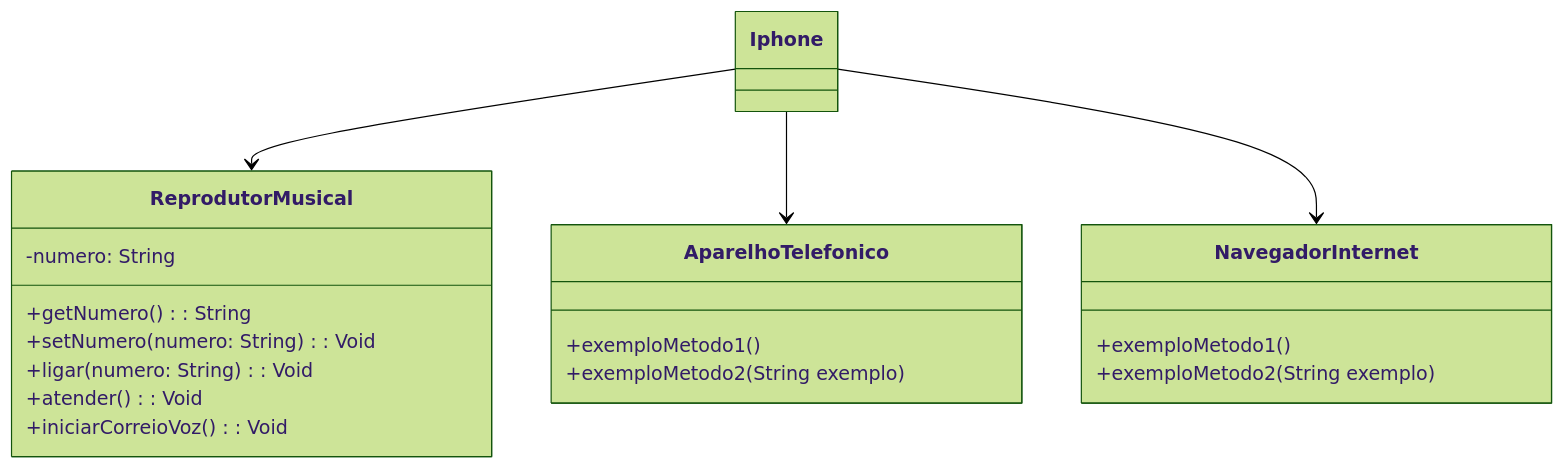
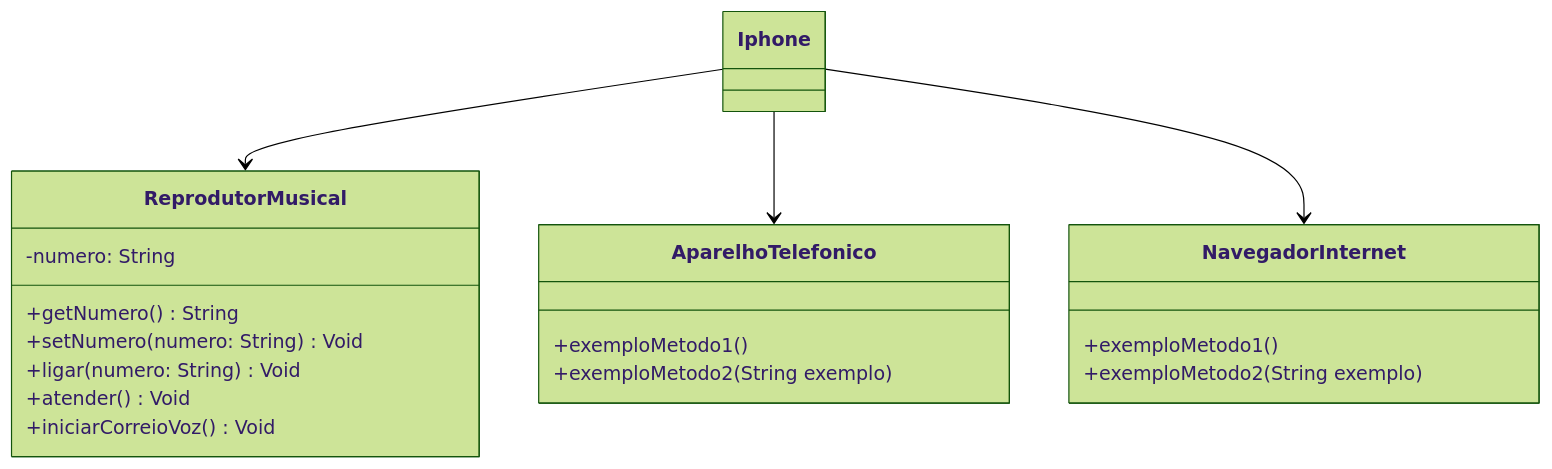
One commit to ArmandoMartins1/Java-dio-DesafioUML changed the diagram in README.md. Above: the diagram before and after it, drawn with Mermaid (forest theme).

````diff
--- a/README.md
+++ b/README.md
@@ -9,28 +9,28 @@
 ```mermaid
 classDiagram
     class ReprodutorMusical {
         -numero: String
-        +getNumero(): String
-        +setNumero(numero: String): Void
-        +ligar(numero: String): Void
-        +atender(): Void
-        +iniciarCorreioVoz(): Void
+        +getNumero() String
+        +setNumero(numero: String) Void
+        +ligar(numero: String) Void
+        +atender() Void
+        +iniciarCorreioVoz() Void
     }
 
     class AparelhoTelefonico {
         +exemploMetodo1()
         +exemploMetodo2(String exemplo)
     }
 
     class NavegadorInternet {
         +exemploMetodo1()
         +exemploMetodo2(String exemplo)
     }
 
     class Iphone {
     }
 
     Iphone --> ReprodutorMusical
     Iphone --> AparelhoTelefonico
     Iphone --> NavegadorInternet
 ```
````
